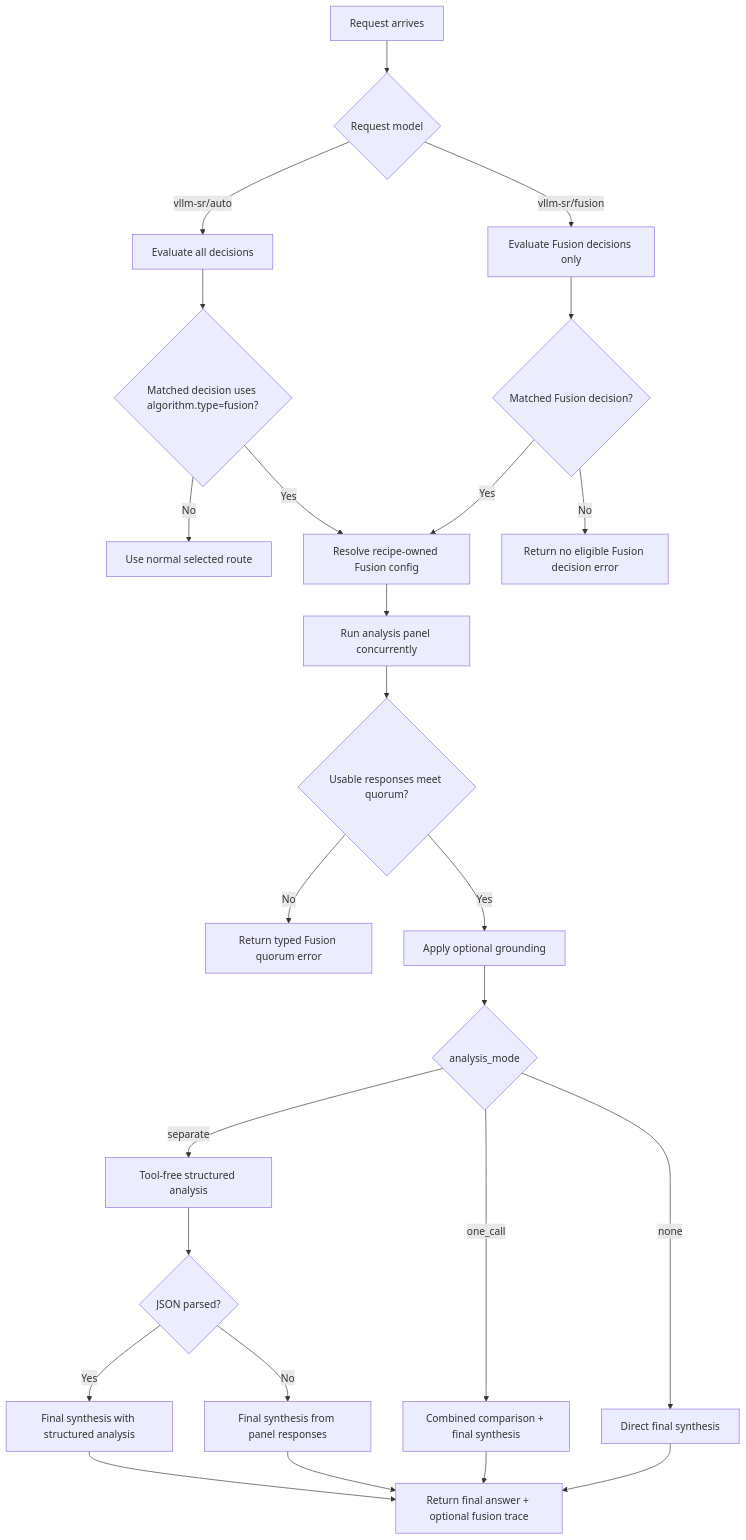
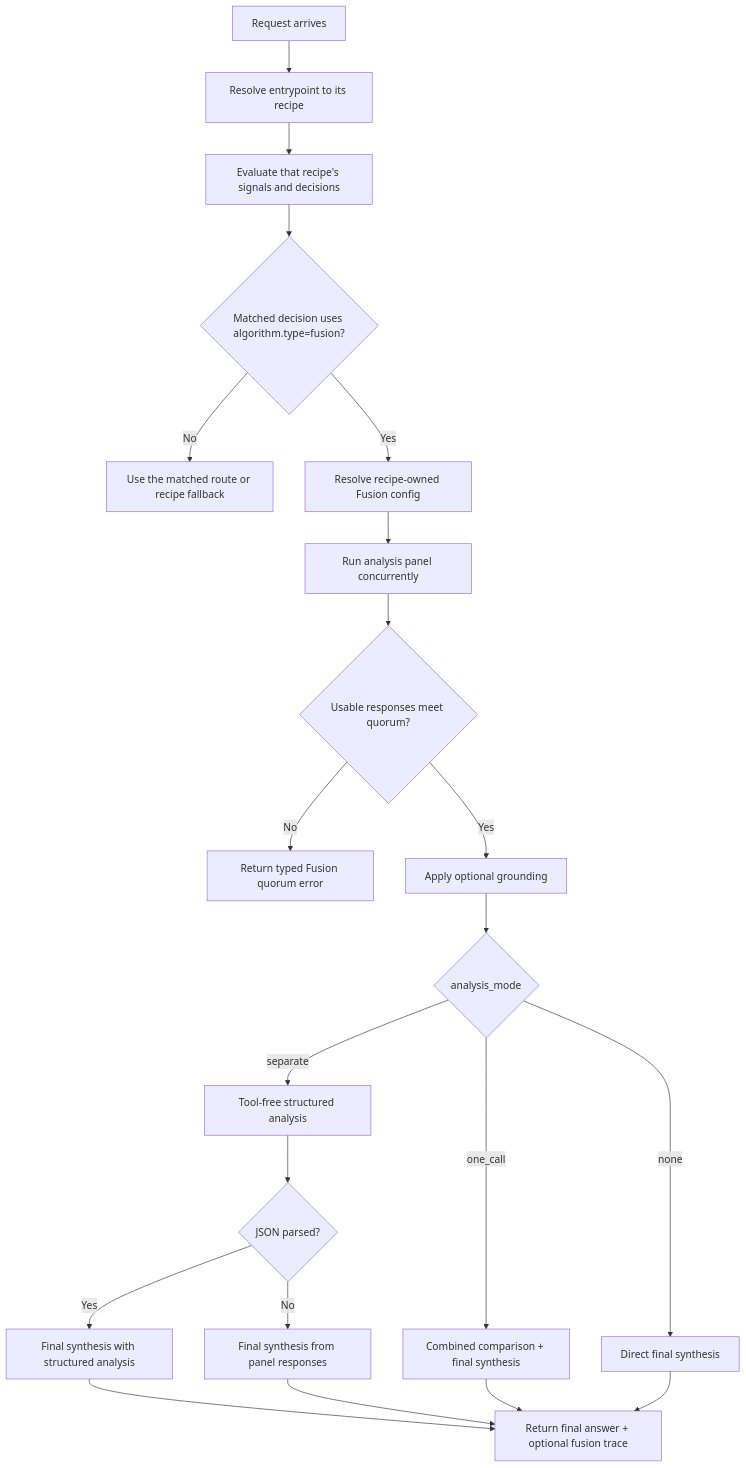
Before and after one commit to vllm-project/semantic-router: the diagram in website/i18n/zh-Hans/docusaurus-plugin-content-docs/current/tutorials/algorithm/looper/fusion.md, drawn with Mermaid. The commit also changed other lines of this file and 178 other files, not shown here.

Commit message:
docs: align architecture and guides with the modular runtime (#4775)

````diff
--- a/website/i18n/zh-Hans/docusaurus-plugin-content-docs/current/tutorials/algorithm/looper/fusion.md
+++ b/website/i18n/zh-Hans/docusaurus-plugin-content-docs/current/tutorials/algorithm/looper/fusion.md
@@ -42,27 +42,23 @@
 ```mermaid
 flowchart TD
-    A[Request arrives] --> B{Request model}
-    B -- vllm-sr/auto --> C[Evaluate all decisions]
-    B -- vllm-sr/fusion --> D[Evaluate Fusion decisions only]
+    A[Request arrives] --> B[Resolve entrypoint to its recipe]
+    B --> C[Evaluate that recipe's signals and decisions]
     C --> E{Matched decision uses algorithm.type=fusion?}
-    D --> F{Matched Fusion decision?}
-    E -- No --> G[Use normal selected route]
+    E -- No --> G[Use the matched route or recipe fallback]
     E -- Yes --> H[Resolve recipe-owned Fusion config]
-    F -- Yes --> H
-    F -- No --> J[Return no eligible Fusion decision error]
     H --> M[Run analysis panel concurrently]
     M --> N{Usable responses meet quorum?}
     N -- No --> O[Return typed Fusion quorum error]
     N -- Yes --> P[Apply optional grounding]
     P --> Q{analysis_mode}
     Q -- separate --> R[Tool-free structured analysis]
     R --> S{JSON parsed?}
     S -- Yes --> T[Final synthesis with structured analysis]
     S -- No --> U[Final synthesis from panel responses]
     Q -- one_call --> V[Combined comparison + final synthesis]
     Q -- none --> W[Direct final synthesis]
     T --> X[Return final answer + optional fusion trace]
     U --> X
     V --> X
     W --> X
 ```
````
